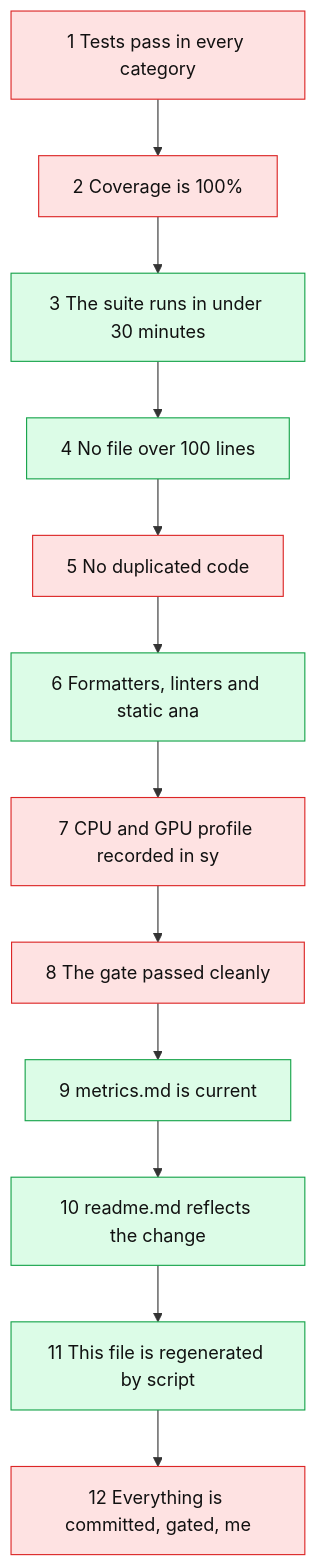
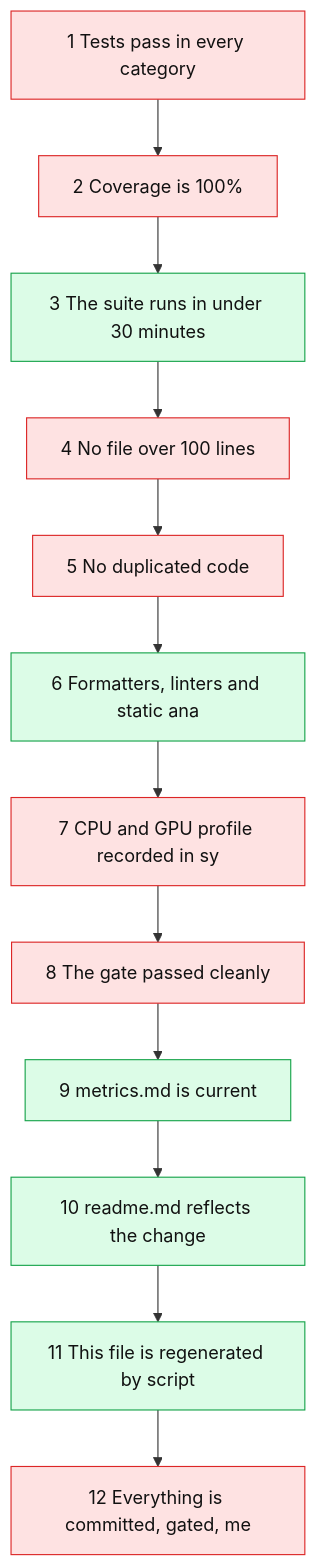
One commit to thomascherickal/ferrum-gpu changed the diagram in next-steps.md. Above: the diagram before and after it, drawn with Mermaid. The commit also changed other lines of this file and 20 other files, not shown here.

````diff
--- a/next-steps.md
+++ b/next-steps.md
@@ -22,28 +22,28 @@
 ```mermaid
 flowchart TD
     s0["1 Tests pass in every category"]:::open
     s1["2 Coverage is 100%"]:::open
     s2["3 The suite runs in under 30 minutes"]:::met
-    s3["4 No file over 100 lines"]:::met
+    s3["4 No file over 100 lines"]:::open
     s4["5 No duplicated code"]:::open
     s5["6 Formatters, linters and static ana"]:::met
     s6["7 CPU and GPU profile recorded in sy"]:::open
     s7["8 The gate passed cleanly"]:::open
     s8["9 metrics.md is current"]:::met
     s9["10 readme.md reflects the change"]:::met
     s10["11 This file is regenerated by script"]:::met
     s11["12 Everything is committed, gated, me"]:::open
     s0 --> s1
     s1 --> s2
     s2 --> s3
     s3 --> s4
     s4 --> s5
     s5 --> s6
     s6 --> s7
     s7 --> s8
     s8 --> s9
     s9 --> s10
     s10 --> s11
     classDef met fill:#dcfce7,stroke:#16a34a,color:#111
     classDef open fill:#fee2e2,stroke:#dc2626,color:#111
 ```
````
